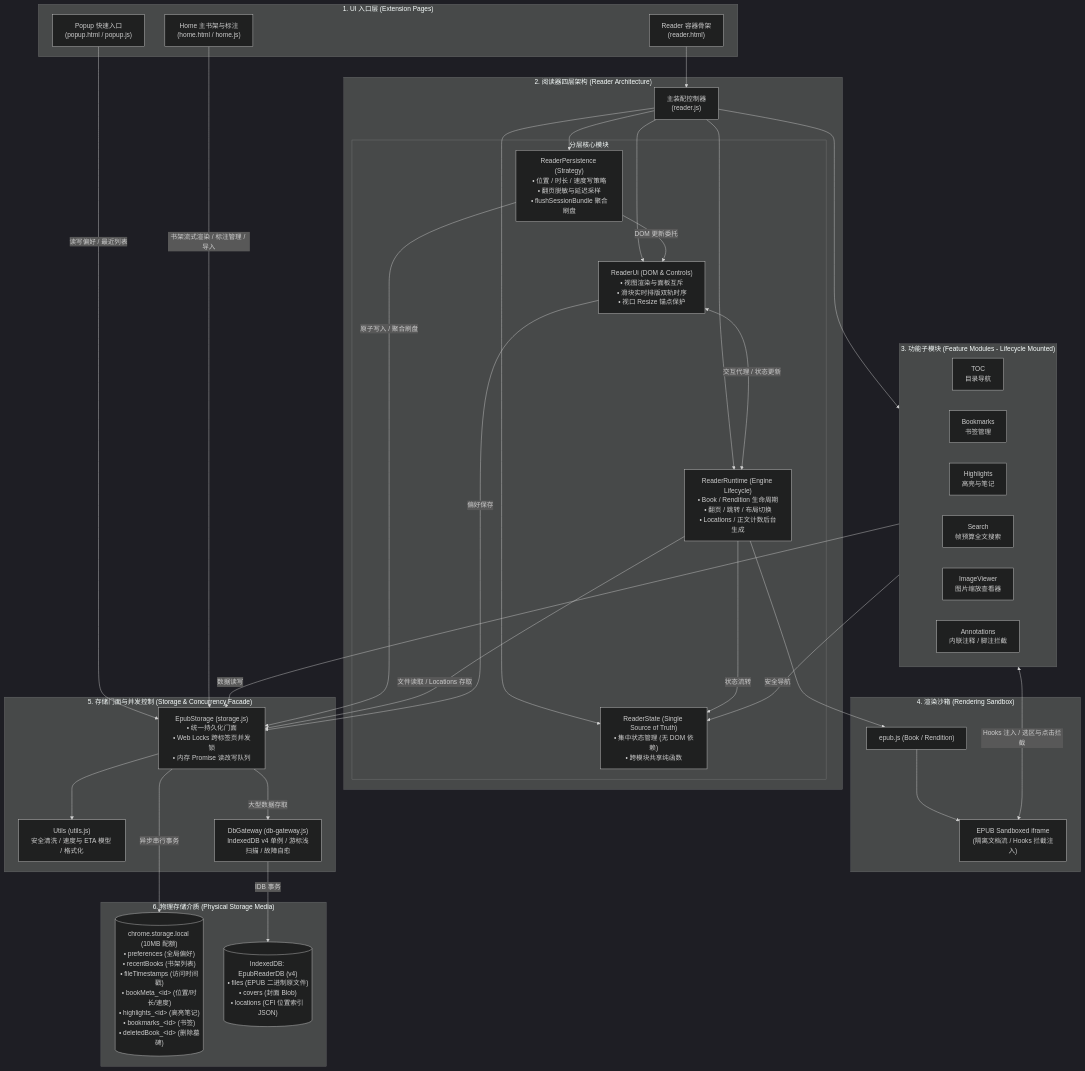
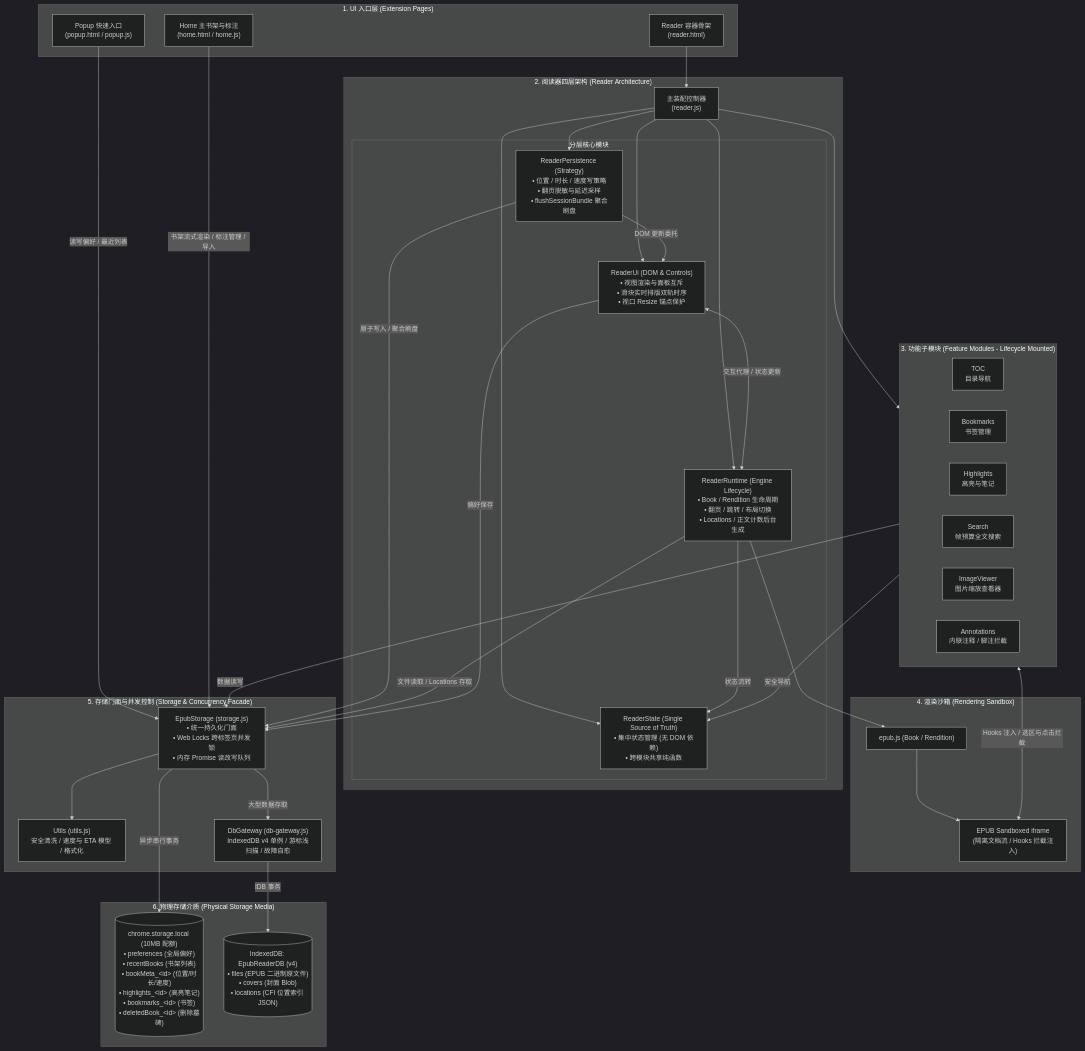
Before and after one commit to Editst/epub_reader: the diagram in docs/architecture.md, drawn with Mermaid (dark theme). The commit also changed 5 other files, not shown here.

````diff
--- a/docs/architecture.md
+++ b/docs/architecture.md
@@ -14,74 +14,74 @@
 ```mermaid
 flowchart TB
     subgraph UI_LAYER["1. UI 入口层 (Extension Pages)"]
         POPUP["Popup 快速入口<br/>(popup.html / popup.js)"]
         HOME["Home 主书架与标注<br/>(home.html / home.js)"]
         READER_SHELL["Reader 容器骨架<br/>(reader.html)"]
     end
 
     subgraph READER_CORE["2. 阅读器四层架构 (Reader Architecture)"]
         ORCHESTRATOR["主装配控制器<br/>(reader.js)"]
         
         subgraph READER_MODULES["分层核心模块"]
             UI["ReaderUi (DOM & Controls)<br/>• 视图渲染与面板互斥<br/>• 滑块实时排版双轨时序<br/>• 视口 Resize 锚点保护"]
             RUNTIME["ReaderRuntime (Engine Lifecycle)<br/>• Book / Rendition 生命周期<br/>• 翻页 / 跳转 / 布局切换<br/>• Locations / 正文计数后台生成"]
             PERSISTENCE["ReaderPersistence (Strategy)<br/>• 位置 / 时长 / 速度写策略<br/>• 翻页脱敏与延迟采样<br/>• flushSessionBundle 聚合刷盘"]
             STATE["ReaderState (Single Source of Truth)<br/>• 集中状态管理 (无 DOM 依赖)<br/>• 跨模块共享纯函数"]
         end
     end
 
     subgraph FEATURES["3. 功能子模块 (Feature Modules - Lifecycle Mounted)"]
         TOC_M["TOC<br/>目录导航"]
         BM_M["Bookmarks<br/>书签管理"]
         HL_M["Highlights<br/>高亮与笔记"]
         SEARCH_M["Search<br/>帧预算全文搜索"]
         IMG_M["ImageViewer<br/>图片缩放查看器"]
         ANNO_M["Annotations<br/>内联注释 / 脚注拦截"]
     end
 
     subgraph SANDBOX["4. 渲染沙箱 (Rendering Sandbox)"]
         EPUB_LIB["epub.js (Book / Rendition)"]
         IFRAME["EPUB Sandboxed iframe<br/>(隔离文档流 / Hooks 拦截注入)"]
     end
 
     subgraph FACADE["5. 存储门面与并发控制 (Storage & Concurrency Facade)"]
         UTILS["Utils (utils.js)<br/>安全清洗 / 速度与 ETA 模型 / 格式化"]
         STORAGE["EpubStorage (storage.js)<br/>• 统一持久化门面<br/>• Web Locks 跨标签页并发锁<br/>• 内存 Promise 读改写队列"]
         DB_GATEWAY["DbGateway (db-gateway.js)<br/>IndexedDB v4 单例 / 游标浅扫描 / 故障自愈"]
     end
 
     subgraph PHYSICAL_STORAGE["6. 物理存储介质 (Physical Storage Media)"]
-        CSL[("chrome.storage.local (10MB 配额)<br/>• preferences (全局偏好)<br/>• recentBooks (书架列表)<br/>• fileTimestamps (访问时间戳)<br/>• bookMeta_&lt;id&gt; (位置/时长/速度)<br/>• highlights_&lt;id&gt; (高亮笔记)<br/>• bookmarks_&lt;id&gt; (书签)<br/>• deletedBook_&lt;id&gt; (删除墓碑)")]
+        CSL[("chrome.storage.local (10MB 配额)<br/>• preferences (全局偏好)<br/>• recentBooks (书架列表)<br/>• bookMeta_&lt;id&gt; (位置/时长/速度)<br/>• highlights_&lt;id&gt; (高亮笔记)<br/>• bookmarks_&lt;id&gt; (书签)<br/>• deletedBook_&lt;id&gt; (删除墓碑)")]
         IDB[("IndexedDB: EpubReaderDB (v4)<br/>• files (EPUB 二进制原文件)<br/>• covers (封面 Blob)<br/>• locations (CFI 位置索引 JSON)")]
     end
 
     %% 连接关系
     POPUP -->|读写偏好 / 最近列表| STORAGE
     HOME -->|书架流式渲染 / 标注管理 / 导入| STORAGE
     READER_SHELL --> ORCHESTRATOR
 
     ORCHESTRATOR --> UI
     ORCHESTRATOR --> RUNTIME
     ORCHESTRATOR --> PERSISTENCE
     ORCHESTRATOR --> STATE
     ORCHESTRATOR --> FEATURES
 
     UI <-->|交互代理 / 状态更新| RUNTIME
     PERSISTENCE -->|DOM 更新委托| UI
     RUNTIME -->|状态流转| STATE
     RUNTIME --> EPUB_LIB
     EPUB_LIB --> IFRAME
 
     FEATURES <-->|Hooks 注入 / 选区与点击拦截| IFRAME
     FEATURES -->|数据读写| STORAGE
     FEATURES -->|安全导航| STATE
 
     PERSISTENCE -->|原子写入 / 聚合刷盘| STORAGE
     RUNTIME -->|文件读取 / Locations 存取| STORAGE
     UI -->|偏好保存| STORAGE
 
     STORAGE --> UTILS
     STORAGE -->|异步串行事务| CSL
     STORAGE -->|大型数据存取| DB_GATEWAY
     DB_GATEWAY -->|IDB 事务| IDB
 ```
````
